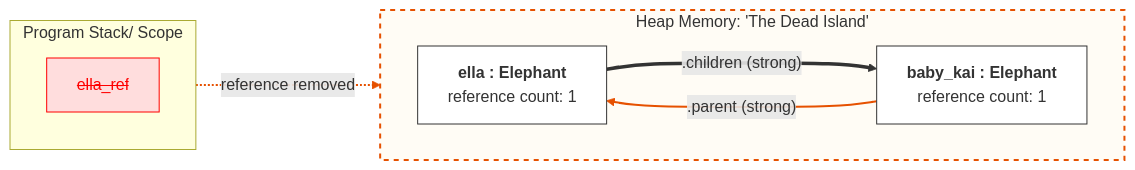
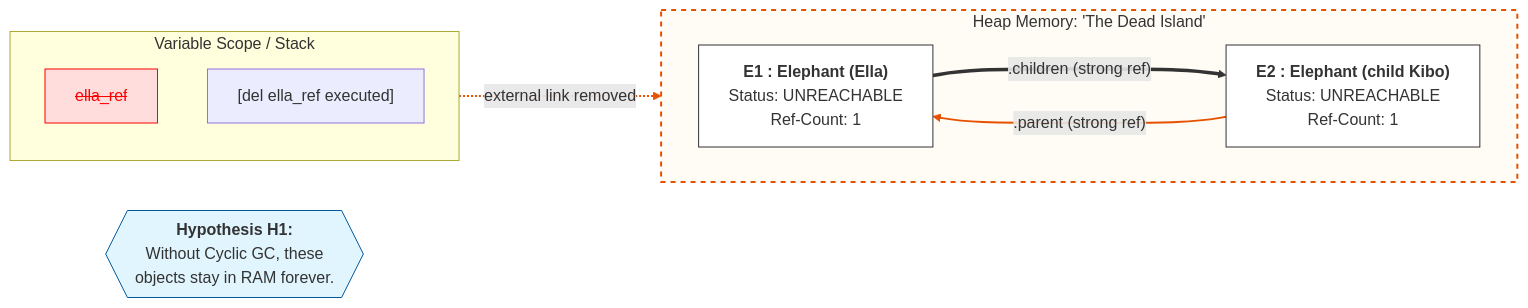
The first of 2 diagrams in src/student_projects/g07/docs/concept/diagrams/ObjectDiagram.md (sebastianbichler/IU_2026_EF_LE_BER_VC_Python), drawn with Mermaid before and after one commit. The commit also changed other lines of this file and 3 other files, not shown here.

Commit message:
updated diagrams

````diff
--- a/src/student_projects/g07/docs/concept/diagrams/ObjectDiagram.md
+++ b/src/student_projects/g07/docs/concept/diagrams/ObjectDiagram.md
@@ -3,32 +5,36 @@
 ```mermaid
 graph LR
     %% Scopes
-    subgraph Stack [&nbsp&nbspProgram Stack/ Scope&nbsp&nbsp]
+    subgraph Stack [Variable Scope / Stack]
         direction TB
         DeletedVar["<s>ella_ref</s>"]
+        Note1["[del ella_ref executed]"]
     end
 
     %% Heap Memory
     subgraph Heap [Heap Memory: 'The Dead Island']
         direction LR
-        E1["<b>ella : Elephant</b><br/>reference count: 1"]
-        E2["<b>baby_kai : Elephant</b><br/>reference count: 1"]
+        E1["<b>E1 : Elephant (Ella)</b><br/>Status: UNREACHABLE<br/>Ref-Count: 1"]
+        E2["<b>E2 : Elephant (child Kibo)</b><br/>Status: UNREACHABLE<br/>Ref-Count: 1"]
         
-        %% Circular References mit mehr Abstand durch längere Pfeile
-        E1 ===>|".children (strong)"| E2
-        E2 ===>|".parent (strong)"| E1
+        %% Circular References
+        E1 ===>|".children (strong ref)"| E2
+        E2 ===>|".parent (strong ref)"| E1
     end
 
-    %% Connection from Stack to Heap
-    DeletedVar -. "reference removed" .-> E1
+    %% The broken connection
+    DeletedVar -. "external link removed" .-> E1
+
+    %% Scientific Annotation
+    H1_Note{{<b>Hypothesis H1:</b><br/>Without Cyclic GC, these<br/>objects stay in RAM forever.}}
 
     %% Styling
-    style DeletedVar fill: #fdd, stroke: #f00, color: #f00
-    style Heap fill: #fffcf5, stroke: #e65100, stroke-width: 2px, stroke-dasharray: 5 5
-    style E1 fill: #fff, stroke: #333
-    style E2 fill: #fff, stroke: #333
+    style DeletedVar fill:#fdd,stroke:#f00,color:#f00
+    style Heap fill:#fffcf5,stroke:#e65100,stroke-width:2px,stroke-dasharray: 5 5
+    style E1 fill:#fff,stroke:#333
+    style E2 fill:#fff,stroke:#333
+    style H1_Note fill:#e1f5fe,stroke:#01579b
     
-    %% Coloring the cycle links specifically
-    linkStyle 1 stroke: #e65100, stroke-width: 2px
-    linkStyle 2 stroke: #e65100, stroke-width: 2px
+    linkStyle 1 stroke:#e65100,stroke-width:2px
+    linkStyle 2 stroke:#e65100,stroke-width:2px
 ```
````
